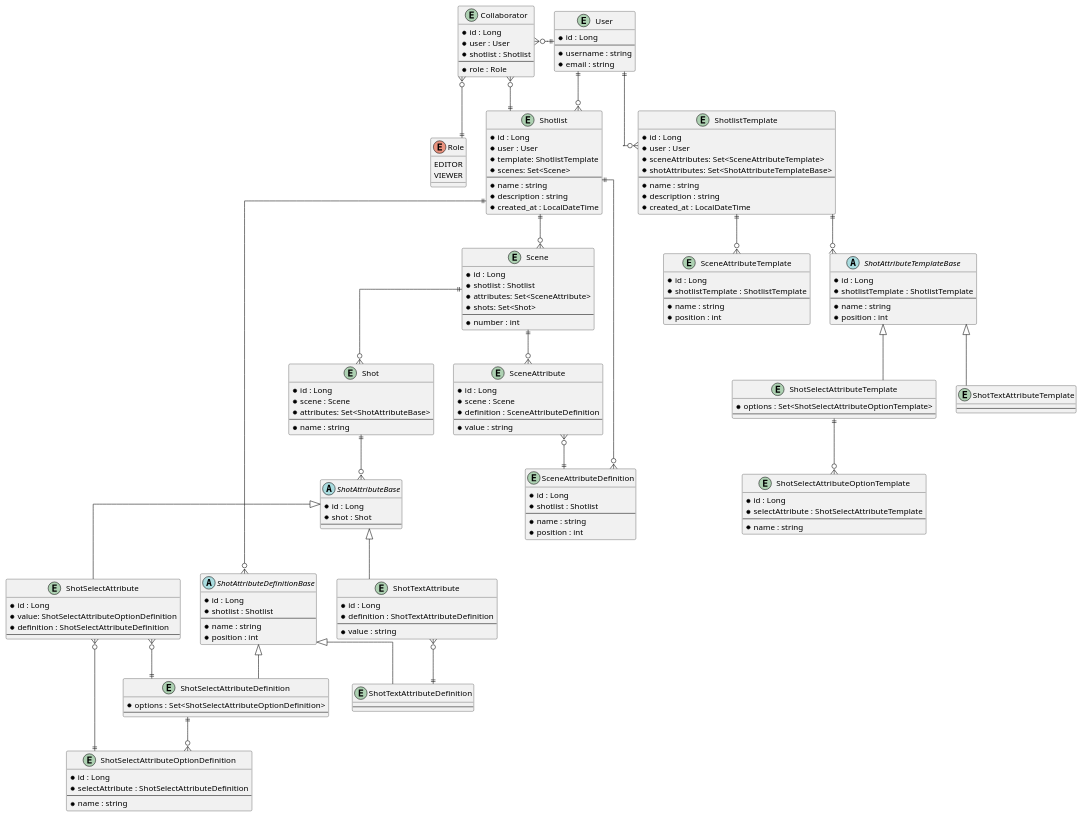
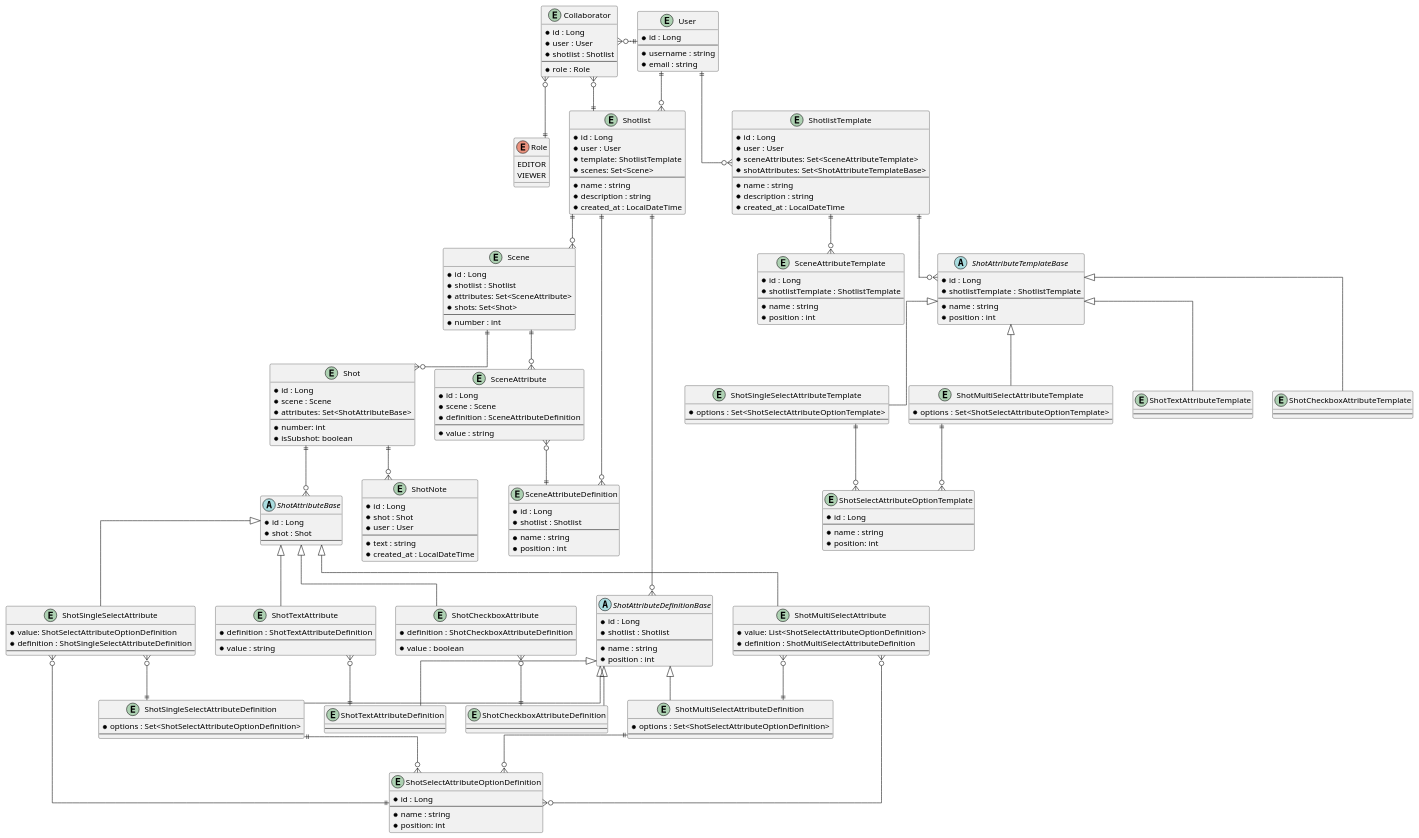
Before and after one commit to YanikKendler/shotlist-tool: the diagram in ERD.puml, drawn with PlantUML.

```diff
--- a/ERD.puml
+++ b/ERD.puml
@@ -48,26 +48,38 @@
 
 ShotlistTemplate ||--o{ ShotAttributeTemplateBase
 
-entity ShotSelectAttributeTemplate {
+entity ShotSingleSelectAttributeTemplate {
+    * options : Set<ShotSelectAttributeOptionTemplate>
+    --
+}
+
+entity ShotMultiSelectAttributeTemplate {
     * options : Set<ShotSelectAttributeOptionTemplate>
     --
 }
 
 entity ShotSelectAttributeOptionTemplate {
     * id : Long
-    * selectAttribute : ShotSelectAttributeTemplate
     --
     * name : string
+    * position: int
 }
 
-ShotSelectAttributeTemplate ||--o{ ShotSelectAttributeOptionTemplate
+ShotSingleSelectAttributeTemplate ||--o{ ShotSelectAttributeOptionTemplate
+ShotMultiSelectAttributeTemplate ||--o{ ShotSelectAttributeOptionTemplate
 
 entity ShotTextAttributeTemplate {
     --
 }
 
-ShotAttributeTemplateBase <|-down- ShotSelectAttributeTemplate
+entity ShotCheckboxAttributeTemplate {
+    --
+}
+
+ShotAttributeTemplateBase <|-down- ShotSingleSelectAttributeTemplate
+ShotAttributeTemplateBase <|-down- ShotMultiSelectAttributeTemplate
 ShotAttributeTemplateBase <|-down- ShotTextAttributeTemplate
+ShotAttributeTemplateBase <|-down- ShotCheckboxAttributeTemplate
 
 entity SceneAttributeTemplate {
     * id : Long
@@ -93,26 +105,38 @@
 
 Shotlist ||--o{ ShotAttributeDefinitionBase
 
-entity ShotSelectAttributeDefinition {
+entity ShotSingleSelectAttributeDefinition {
+    * options : Set<ShotSelectAttributeOptionDefinition>
+    --
+}
+
+entity ShotMultiSelectAttributeDefinition {
     * options : Set<ShotSelectAttributeOptionDefinition>
     --
 }
 
 entity ShotSelectAttributeOptionDefinition {
     * id : Long
-    * selectAttribute : ShotSelectAttributeDefinition
     --
     * name : string
+    * position: int
 }
 
-ShotSelectAttributeDefinition ||--o{ ShotSelectAttributeOptionDefinition
+ShotSingleSelectAttributeDefinition ||--o{ ShotSelectAttributeOptionDefinition
+ShotMultiSelectAttributeDefinition ||--o{ ShotSelectAttributeOptionDefinition
 
 entity ShotTextAttributeDefinition {
     --
 }
 
-ShotAttributeDefinitionBase <|-down- ShotSelectAttributeDefinition
+entity ShotCheckboxAttributeDefinition {
+    --
+}
+
+ShotAttributeDefinitionBase <|-down- ShotSingleSelectAttributeDefinition
+ShotAttributeDefinitionBase <|-down- ShotMultiSelectAttributeDefinition
 ShotAttributeDefinitionBase <|-down- ShotTextAttributeDefinition
+ShotAttributeDefinitionBase <|-down- ShotCheckboxAttributeDefinition
 
 entity SceneAttributeDefinition {
     * id : Long
@@ -134,18 +158,25 @@
     --
 }
 
-entity ShotSelectAttribute {
-    * id : Long
+entity ShotSingleSelectAttribute {
     * value: ShotSelectAttributeOptionDefinition
-    * definition : ShotSelectAttributeDefinition
+    * definition : ShotSingleSelectAttributeDefinition
     --
 }
 
-ShotSelectAttribute }o--|| ShotSelectAttributeOptionDefinition
-ShotSelectAttribute }o--|| ShotSelectAttributeDefinition
+ShotSingleSelectAttribute }o--|| ShotSelectAttributeOptionDefinition
+ShotSingleSelectAttribute }o--|| ShotSingleSelectAttributeDefinition
+
+entity ShotMultiSelectAttribute {
+    * value: List<ShotSelectAttributeOptionDefinition>
+    * definition : ShotMultiSelectAttributeDefinition
+    --
+}
+
+ShotMultiSelectAttribute }o--o{ ShotSelectAttributeOptionDefinition
+ShotMultiSelectAttribute }o--|| ShotMultiSelectAttributeDefinition
 
 entity ShotTextAttribute {
-    * id : Long
     * definition : ShotTextAttributeDefinition
     --
     * value : string
@@ -153,8 +184,18 @@
 
 ShotTextAttribute }o--|| ShotTextAttributeDefinition
 
-ShotAttributeBase <|-down- ShotSelectAttribute
+entity ShotCheckboxAttribute {
+    * definition : ShotCheckboxAttributeDefinition
+    --
+    * value : boolean
+}
+
+ShotCheckboxAttribute }o--|| ShotCheckboxAttributeDefinition
+
+ShotAttributeBase <|-down- ShotSingleSelectAttribute
+ShotAttributeBase <|-down- ShotMultiSelectAttribute
 ShotAttributeBase <|-down- ShotTextAttribute
+ShotAttributeBase <|-down- ShotCheckboxAttribute
 
 entity Scene {
     * id : Long
@@ -181,13 +222,29 @@
     * scene : Scene
     * attributes: Set<ShotAttributeBase>
     --
-    * name : string
+    * number: int
+    * isSubshot: boolean
 }
 
 Scene ||--o{ Shot
 
 Shot ||--o{ ShotAttributeBase
 Shotlist ||--o{ Scene
+
+/'
+    NOTES
+'/
+
+entity ShotNote {
+    * id : Long
+    * shot : Shot
+    * user : User
+    --
+    * text : string
+    * created_at : LocalDateTime
+}
+
+Shot ||--o{ ShotNote
 
 /'
     SHARED USERS
```
